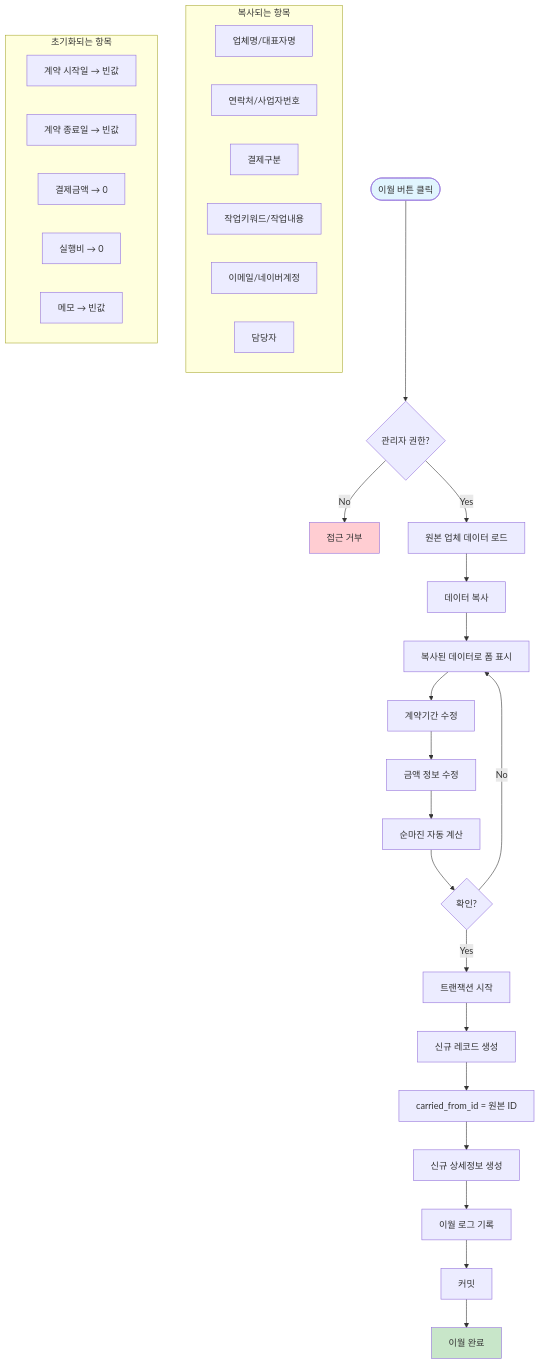
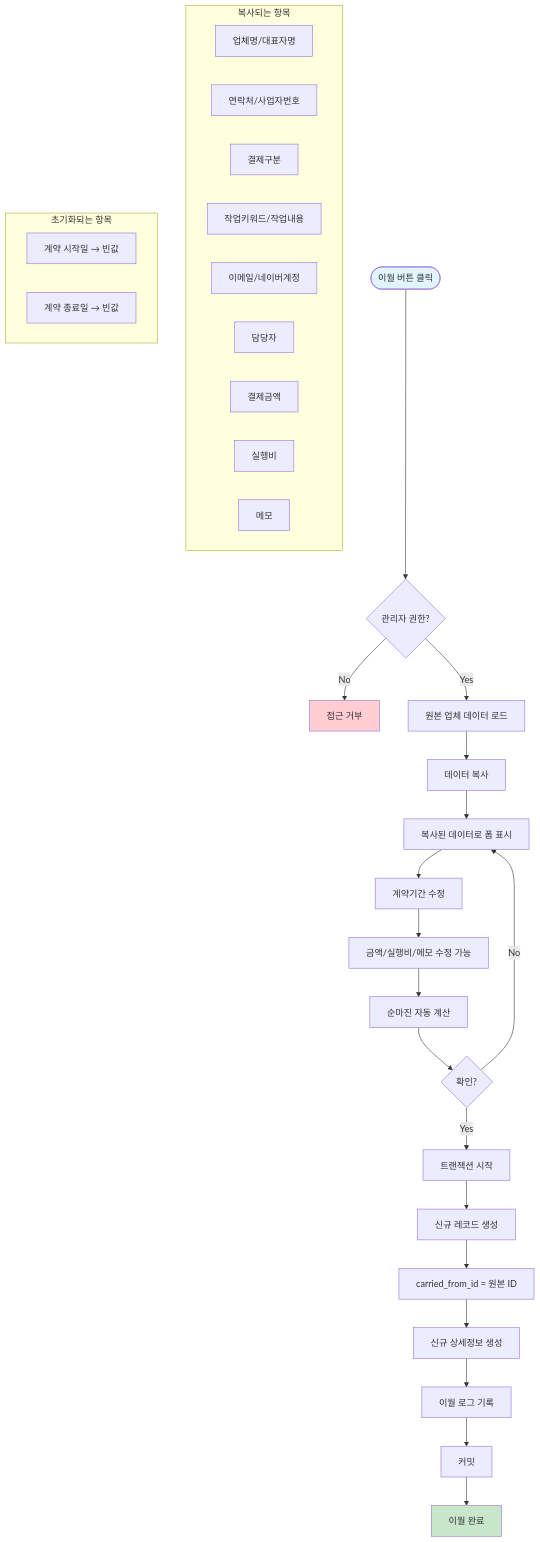
One commit to codelabsy/260225_site changed the fourth of 20 diagrams in docs/03_시스템_흐름도.md. Above: the diagram before and after it, drawn with Mermaid. The commit also changed other lines of this file and 3 other files, not shown here.

````diff
--- a/docs/03_시스템_흐름도.md
+++ b/docs/03_시스템_흐름도.md
@@ -145,45 +145,45 @@
 ```mermaid
 flowchart TD
     START([이월 버튼 클릭]) --> CHECK_PERM{관리자 권한?}
     CHECK_PERM -->|No| DENY[접근 거부]
     CHECK_PERM -->|Yes| LOAD_ORIGINAL[원본 업체 데이터 로드]
 
     LOAD_ORIGINAL --> COPY_DATA[데이터 복사]
 
     subgraph COPY["복사되는 항목"]
         C1[업체명/대표자명]
         C2[연락처/사업자번호]
         C3[결제구분]
         C4[작업키워드/작업내용]
         C5[이메일/네이버계정]
         C6[담당자]
+        C7[결제금액]
+        C8[실행비]
+        C9[메모]
     end
 
     subgraph INIT["초기화되는 항목"]
         I1[계약 시작일 → 빈값]
         I2[계약 종료일 → 빈값]
-        I3[결제금액 → 0]
-        I4[실행비 → 0]
-        I5[메모 → 빈값]
     end
 
     COPY_DATA --> SHOW_FORM[복사된 데이터로 폼 표시]
     SHOW_FORM --> EDIT_PERIOD[계약기간 수정]
-    EDIT_PERIOD --> EDIT_AMOUNT[금액 정보 수정]
+    EDIT_PERIOD --> EDIT_AMOUNT[금액/실행비/메모 수정 가능]
     EDIT_AMOUNT --> AUTO_CALC[순마진 자동 계산]
 
     AUTO_CALC --> CONFIRM{확인?}
     CONFIRM -->|No| SHOW_FORM
     CONFIRM -->|Yes| BEGIN_TX[트랜잭션 시작]
 
     BEGIN_TX --> SAVE_NEW[신규 레코드 생성]
     SAVE_NEW --> SET_CARRY_REF["carried_from_id = 원본 ID"]
     SET_CARRY_REF --> SAVE_NEW_DETAIL[신규 상세정보 생성]
     SAVE_NEW_DETAIL --> LOG_CARRYOVER[이월 로그 기록]
     LOG_CARRYOVER --> COMMIT[커밋]
     COMMIT --> SUCCESS[이월 완료]
 
     style START fill:#e1f5fe
     style SUCCESS fill:#c8e6c9
     style DENY fill:#ffcdd2
 ```
````
